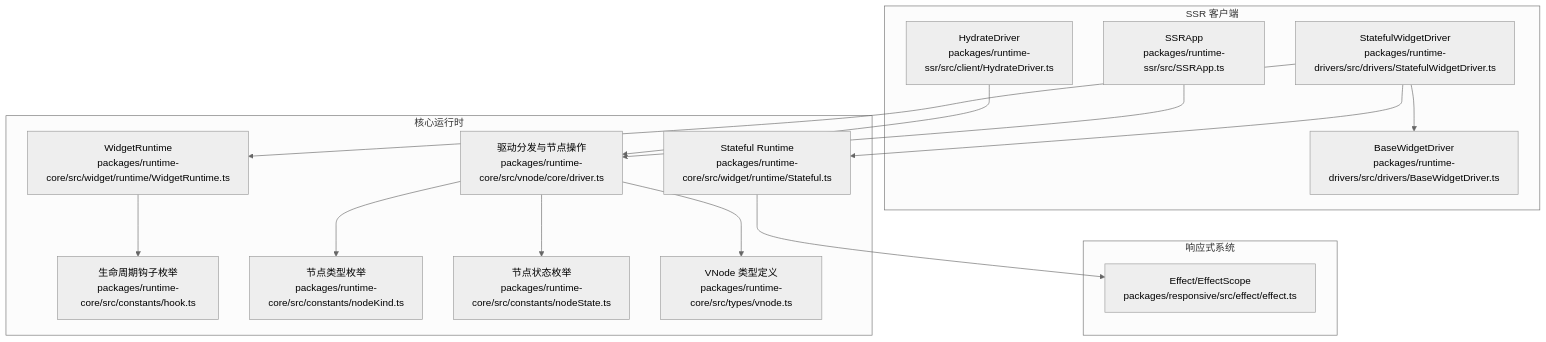
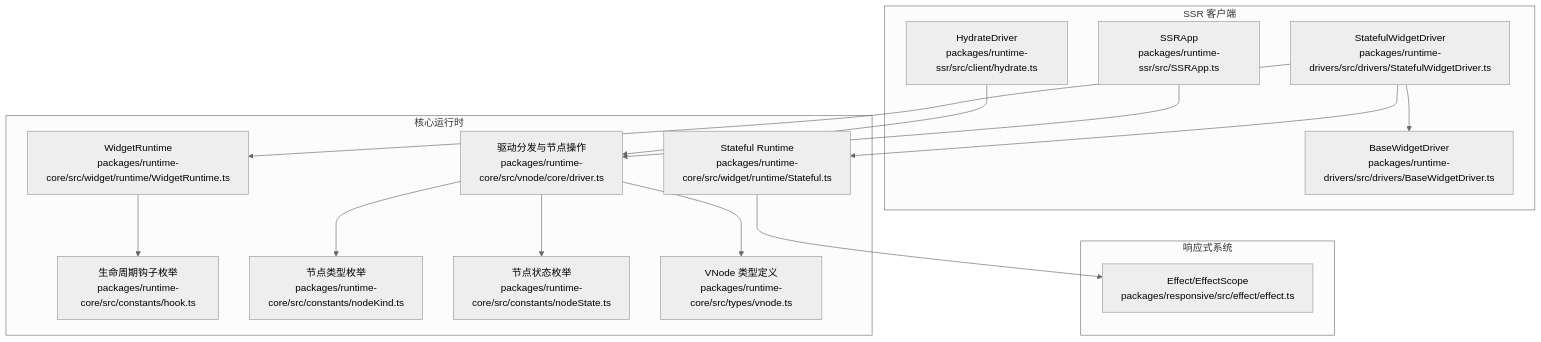
The first of 7 diagrams in .qoder/repowiki/zh/content/服务端渲染/客户端激活.md (vitarx-lib/core), drawn with Mermaid (neutral theme) before and after one commit. The commit also changed other lines of this file and 3 other files, not shown here.

````diff
--- a/.qoder/repowiki/zh/content/服务端渲染/客户端激活.md
+++ b/.qoder/repowiki/zh/content/服务端渲染/客户端激活.md
@@ -43,31 +43,31 @@
 ```mermaid
 graph TB
 subgraph "SSR 客户端"
-HD["HydrateDriver<br/>packages/runtime-ssr/src/client/HydrateDriver.ts"]
+HD["HydrateDriver<br/>packages/runtime-ssr/src/client/hydrate.ts"]
 SD["StatefulWidgetDriver<br/>packages/runtime-drivers/src/drivers/StatefulWidgetDriver.ts"]
 BD["BaseWidgetDriver<br/>packages/runtime-drivers/src/drivers/BaseWidgetDriver.ts"]
 SR["SSRApp<br/>packages/runtime-ssr/src/SSRApp.ts"]
 end
 subgraph "核心运行时"
 RC["驱动分发与节点操作<br/>packages/runtime-core/src/vnode/core/driver.ts"]
 WR["WidgetRuntime<br/>packages/runtime-core/src/widget/runtime/WidgetRuntime.ts"]
 SFR["Stateful Runtime<br/>packages/runtime-core/src/widget/runtime/Stateful.ts"]
 HK["生命周期钩子枚举<br/>packages/runtime-core/src/constants/hook.ts"]
 NK["节点类型枚举<br/>packages/runtime-core/src/constants/nodeKind.ts"]
 NS["节点状态枚举<br/>packages/runtime-core/src/constants/nodeState.ts"]
 VT["VNode 类型定义<br/>packages/runtime-core/src/types/vnode.ts"]
 end
 subgraph "响应式系统"
 EFF["Effect/EffectScope<br/>packages/responsive/src/effect/effect.ts"]
 end
 HD --> RC
 SD --> BD
 SD --> WR
 SD --> SFR
 SFR --> EFF
 WR --> HK
 RC --> NK
 RC --> NS
 RC --> VT
 SR --> RC
 ```
````
